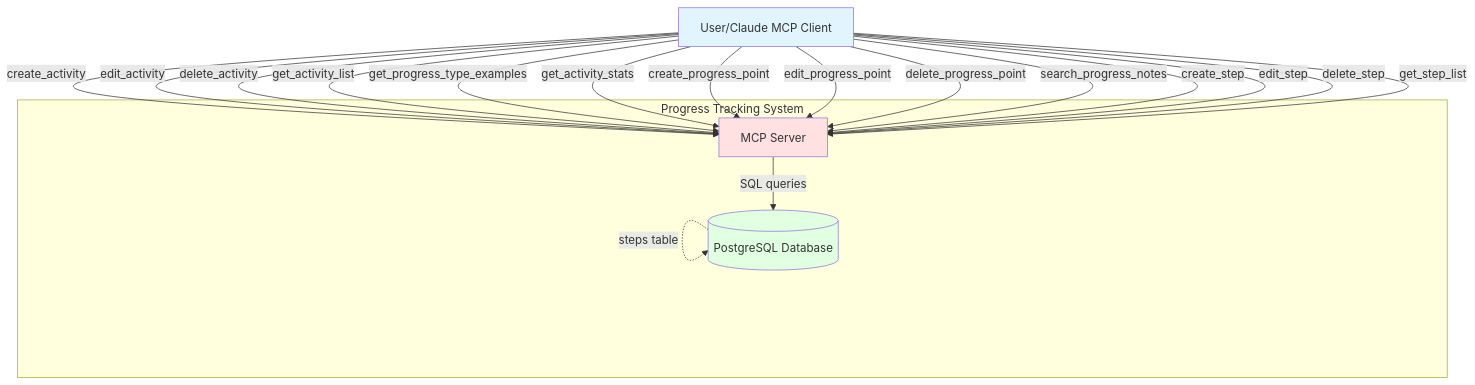
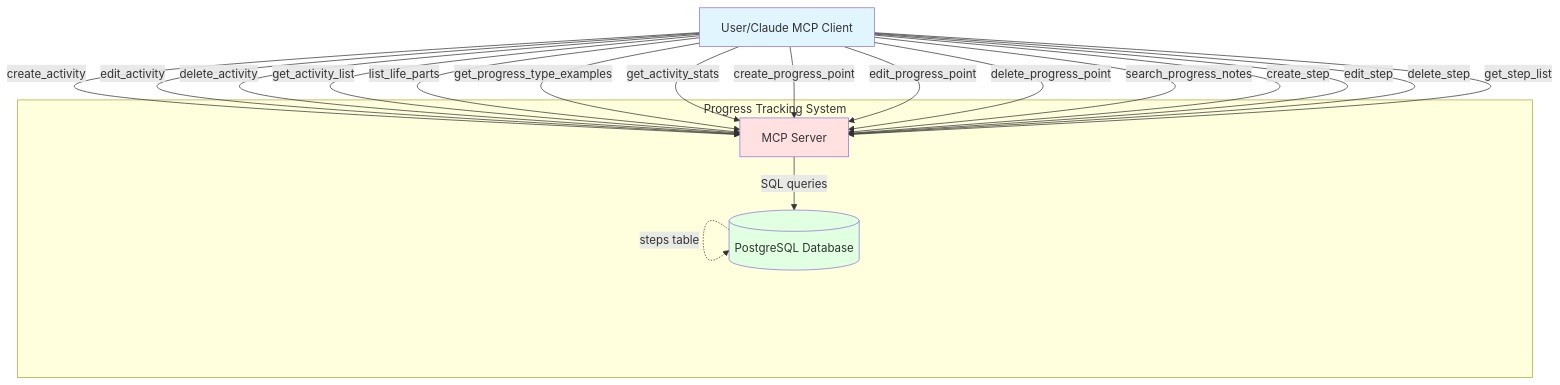
The second of 4 diagrams in docs/functions/progress-spec.md (rusinikita/personal), drawn with Mermaid before and after one commit. The commit also changed other lines of this file and 15 other files, not shown here.

First line of the commit message:
feat(progress): show life_part tags on activity lists, expose via MCP

````diff
--- a/docs/functions/progress-spec.md
+++ b/docs/functions/progress-spec.md
@@ -107,35 +110,36 @@
 ```mermaid
 graph TB
     User[User/Claude MCP Client]
 
     subgraph "Progress Tracking System"
         MCP[MCP Server]
         DB[(PostgreSQL Database)]
 
         MCP -->|SQL queries| DB
     end
 
     User -->|create_activity| MCP
     User -->|edit_activity| MCP
     User -->|delete_activity| MCP
     User -->|get_activity_list| MCP
+    User -->|list_life_parts| MCP
     User -->|get_progress_type_examples| MCP
     User -->|get_activity_stats| MCP
     User -->|create_progress_point| MCP
     User -->|edit_progress_point| MCP
     User -->|delete_progress_point| MCP
     User -->|search_progress_notes| MCP
     User -->|create_step| MCP
     User -->|edit_step| MCP
     User -->|delete_step| MCP
     User -->|get_step_list| MCP
 
     DB -.->|life_parts table| DB
     DB -.->|activities table| DB
     DB -.->|activity_progress table| DB
     DB -.->|steps table| DB
 
     style User fill:#e1f5ff
     style MCP fill:#ffe1e1
     style DB fill:#e1ffe1
 ```
````
